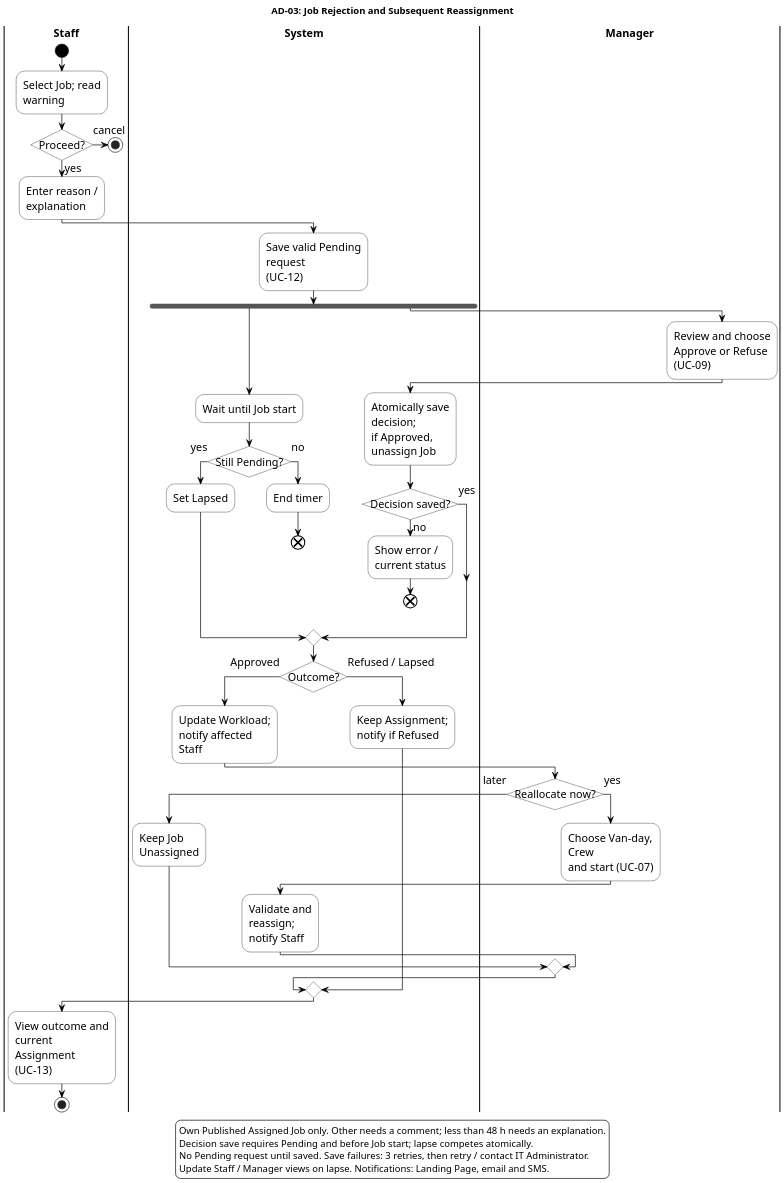
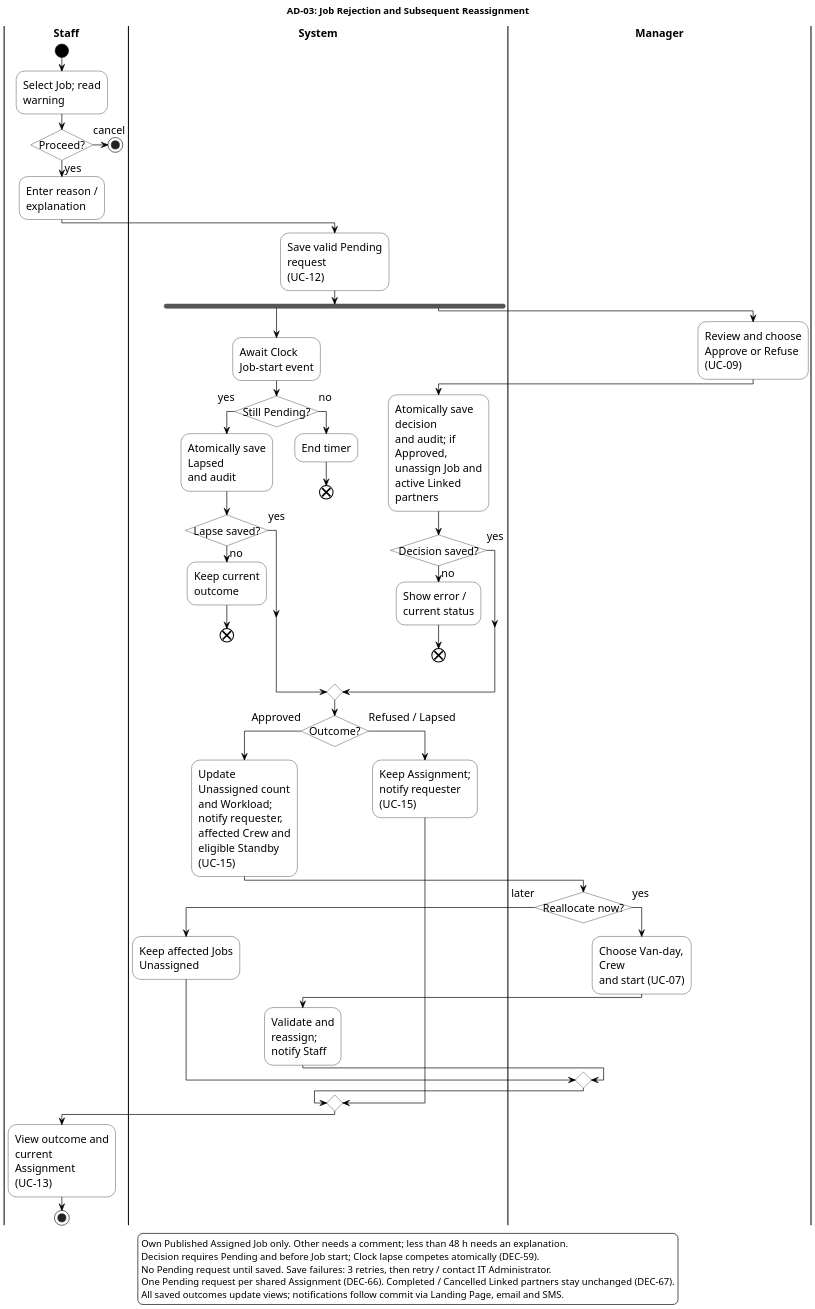
One commit to ZadeNova/inf2001-SE changed the diagram in diagrams/AD-03-job-rejection.puml. Above: the diagram before and after it, drawn with PlantUML. The commit also changed 4 other files, not shown here.

```diff
--- a/diagrams/AD-03-job-rejection.puml
+++ b/diagrams/AD-03-job-rejection.puml
@@ -1,81 +1,87 @@
 @startuml AD-03-job-rejection
 skinparam backgroundColor white
 skinparam shadowing false
 skinparam defaultFontName Arial
 skinparam defaultFontSize 16
 skinparam ArrowColor black
 skinparam activity {
  BackgroundColor white
  BorderColor black
  DiamondBackgroundColor white
  DiamondBorderColor black
  StartColor black
  EndColor black
 }
 skinparam swimlaneBorderColor black
 skinparam swimlaneTitleFontStyle bold
 skinparam conditionStyle InsideDiamond
 skinparam wrapWidth 145
 skinparam dpi 180
 title AD-03: Job Rejection and Subsequent Reassignment
-' Traces: UC-12 A3, UC-09 A3, UC-07, UC-13, UC-15; FR-41/44/45/46/62/63/64; NFR-09.
-' Sources: DEC-10, DEC-16, DEC-19, DEC-42, DEC-43, DEC-46.
-' User choices 2026-10-03: Short notice <48 h; exactly 48 h normal; SMS; lapse has status updates only.
+' Traces: UC-12 A3, UC-09 A3, UC-07, UC-13, UC-15; FR-36/38/41/44/45/46/53/62/63/64/66; NFR-09.
+' Sources: DEC-10, DEC-16, DEC-19, DEC-42, DEC-43, DEC-46, DEC-52, DEC-59, DEC-66, DEC-67, DEC-68.
+' Lapse notification follows the later approved DEC-59; Linked partner handling follows DEC-67.
 |Staff|
 start
 :Select Job; read warning;
 if (Proceed?) then (yes)
   :Enter reason / explanation;
 else (cancel)
   stop
 endif
 |System|
 :Save valid Pending request\n(UC-12);
 fork
   |System|
-  :Wait until Job start;
+  :Await Clock Job-start event;
   if (Still Pending?) then (yes)
-    :Set Lapsed;
+    :Atomically save Lapsed\nand audit;
+    if (Lapse saved?) then (yes)
+    else (no)
+      :Keep current outcome;
+      end
+    endif
   else (no)
     :End timer;
     end
   endif
 fork again
   |Manager|
   :Review and choose\nApprove or Refuse (UC-09);
   |System|
-  :Atomically save decision;\nif Approved, unassign Job;
+  :Atomically save decision\nand audit; if Approved,\nunassign Job and\nactive Linked partners;
   if (Decision saved?) then (yes)
   else (no)
     :Show error / current status;
     end
   endif
 end merge
 |System|
 if (Outcome?) then (Approved)
-  :Update Workload;\nnotify affected Staff;
+  :Update Unassigned count\nand Workload; notify requester,\naffected Crew and eligible Standby\n(UC-15);
   |Manager|
   if (Reallocate now?) then (later)
     |System|
-    :Keep Job Unassigned;
+    :Keep affected Jobs Unassigned;
   else (yes)
     |Manager|
     :Choose Van-day, Crew\nand start (UC-07);
     |System|
     :Validate and reassign;\nnotify Staff;
   endif
 else (Refused / Lapsed)
   |System|
-  :Keep Assignment;\nnotify if Refused;
+  :Keep Assignment;\nnotify requester (UC-15);
 endif
 |Staff|
 :View outcome and\ncurrent Assignment (UC-13);
 stop
 legend bottom
 Own Published Assigned Job only. Other needs a comment; less than 48 h needs an explanation.
-Decision save requires Pending and before Job start; lapse competes atomically.
+Decision requires Pending and before Job start; Clock lapse competes atomically (DEC-59).
 No Pending request until saved. Save failures: 3 retries, then retry / contact IT Administrator.
-Update Staff / Manager views on lapse. Notifications: Landing Page, email and SMS.
+One Pending request per shared Assignment (DEC-66). Completed / Cancelled Linked partners stay unchanged (DEC-67).
+All saved outcomes update views; notifications follow commit via Landing Page, email and SMS.
 endlegend
 
 @enduml
```
